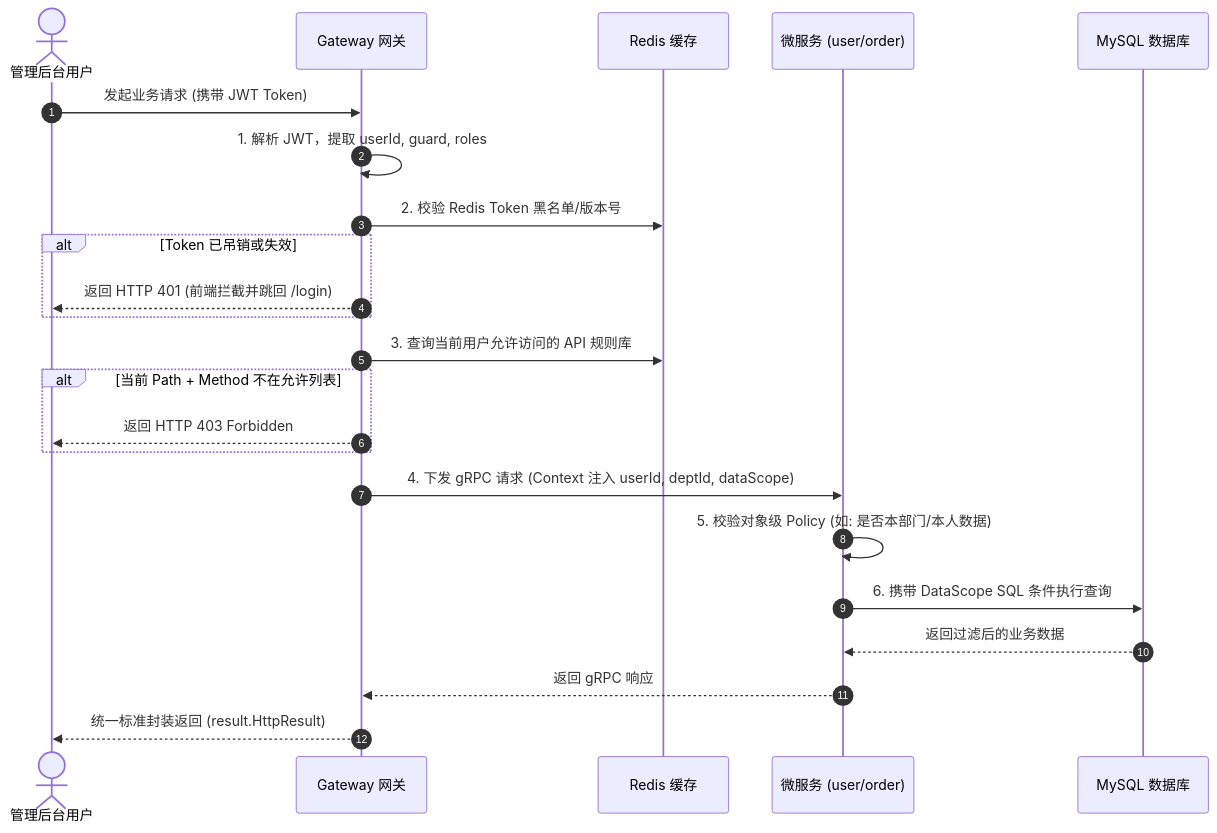
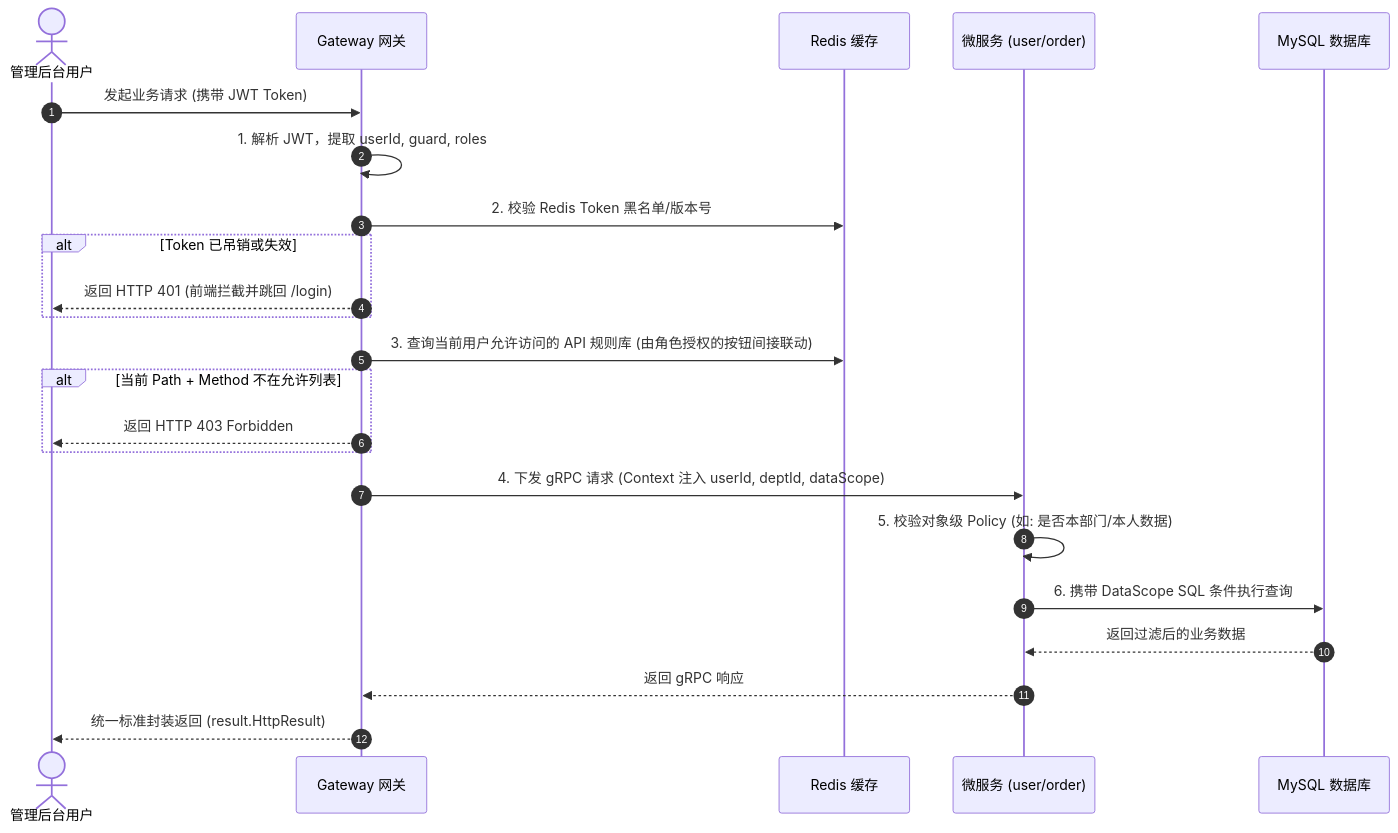
One commit to cococolanosugar/go-zero-boilerplate changed the second of 4 diagrams in doc/design/2026-09-06-permission/README.md. Above: the diagram before and after it, drawn with Mermaid. The commit also changed other lines of this file, not shown here.

First line of the commit message:
docs: enrich permission design with Button-to-API binding and UI access strategies

````diff
--- a/doc/design/2026-09-06-permission/README.md
+++ b/doc/design/2026-09-06-permission/README.md
@@ -64,26 +65,26 @@
 ```mermaid
 sequenceDiagram
     autonumber
     actor Admin as 管理后台用户
     participant GW as Gateway 网关
     participant Redis as Redis 缓存
     participant RPC as 微服务 (user/order)
     participant DB as MySQL 数据库
 
     Admin->>GW: 发起业务请求 (携带 JWT Token)
     GW->>GW: 1. 解析 JWT，提取 userId, guard, roles
     GW->>Redis: 2. 校验 Redis Token 黑名单/版本号
     alt Token 已吊销或失效
         GW-->>Admin: 返回 HTTP 401 (前端拦截并跳回 /login)
     end
-    GW->>Redis: 3. 查询当前用户允许访问的 API 规则库
+    GW->>Redis: 3. 查询当前用户允许访问的 API 规则库 (由角色授权的按钮间接联动)
     alt 当前 Path + Method 不在允许列表
         GW-->>Admin: 返回 HTTP 403 Forbidden
     end
     GW->>RPC: 4. 下发 gRPC 请求 (Context 注入 userId, deptId, dataScope)
     RPC->>RPC: 5. 校验对象级 Policy (如: 是否本部门/本人数据)
     RPC->>DB: 6. 携带 DataScope SQL 条件执行查询
     DB-->>RPC: 返回过滤后的业务数据
     RPC-->>GW: 返回 gRPC 响应
     GW-->>Admin: 统一标准封装返回 (result.HttpResult)
 ```
````
